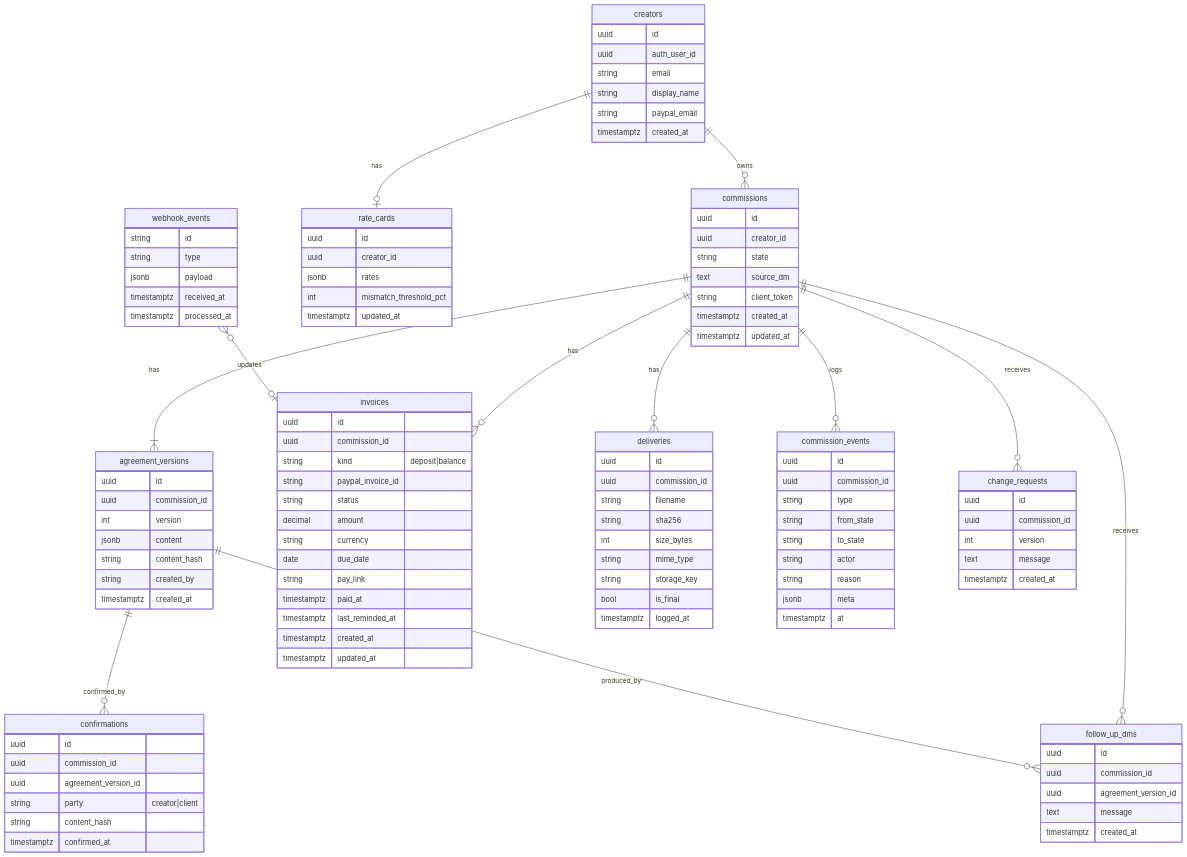
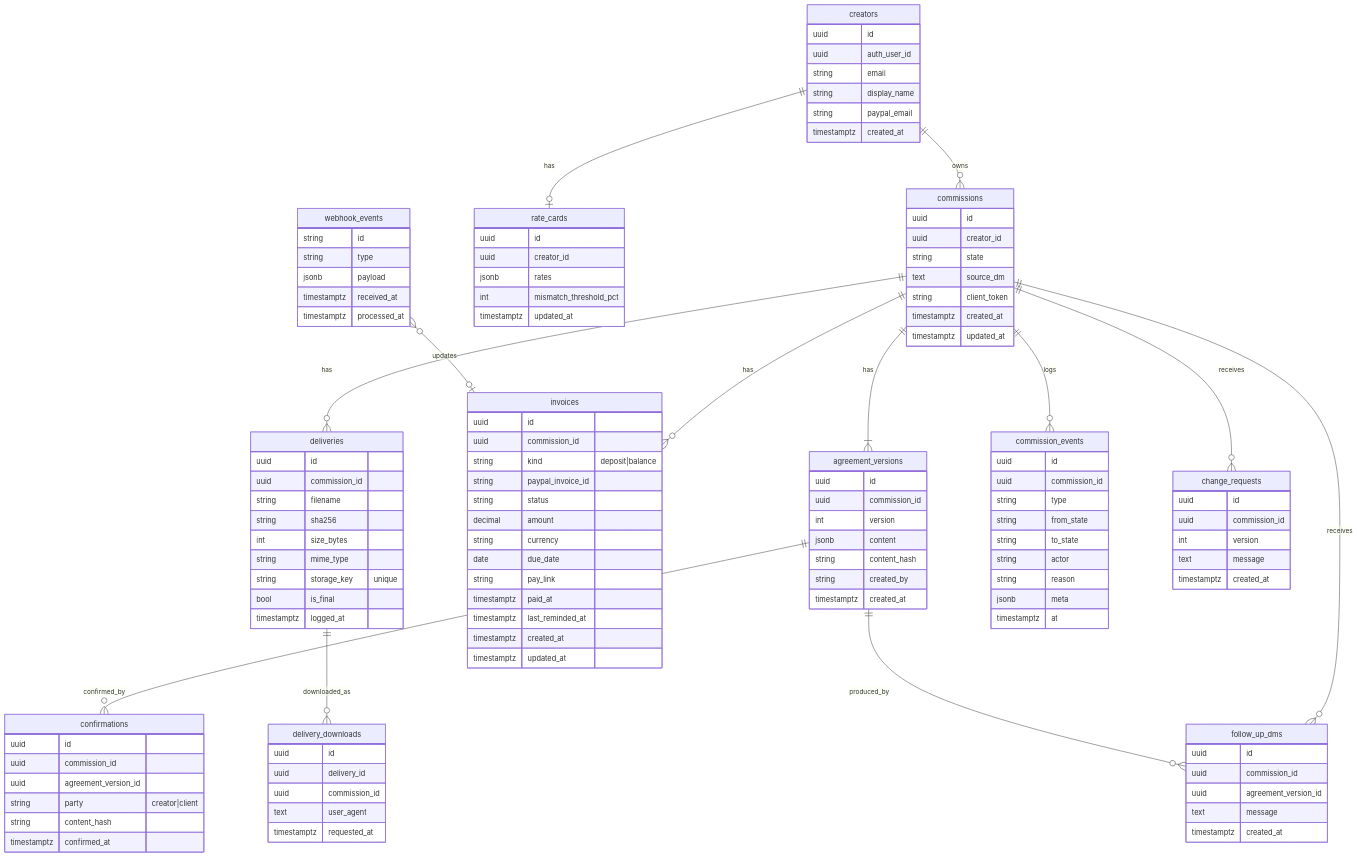
Before and after one commit to srios000/dmpact: the third of 5 diagrams in docs/architecture.md, drawn with Mermaid. The commit also changed other lines of this file and 18 other files, not shown here.

First line of the commit message:
feat(#11): delivery upload and download through Neon Object Storage (#103)

````diff
--- a/docs/architecture.md
+++ b/docs/architecture.md
@@ -132,26 +132,28 @@
 ```mermaid
 erDiagram
   creators ||--o{ commissions : owns
   creators ||--o| rate_cards : has
   commissions ||--|{ agreement_versions : has
   agreement_versions ||--o{ confirmations : confirmed_by
   commissions ||--o{ invoices : has
   commissions ||--o{ deliveries : has
+  deliveries ||--o{ delivery_downloads : downloaded_as
   commissions ||--o{ commission_events : logs
   commissions ||--o{ change_requests : receives
   commissions ||--o{ follow_up_dms : receives
   agreement_versions ||--o{ follow_up_dms : produced_by
   webhook_events }o--o| invoices : updates
 
   creators { uuid id  uuid auth_user_id  string email  string display_name  string paypal_email  timestamptz created_at }
   commissions { uuid id  uuid creator_id  string state  text source_dm  string client_token  timestamptz created_at  timestamptz updated_at }
   agreement_versions { uuid id  uuid commission_id  int version  jsonb content  string content_hash  string created_by  timestamptz created_at }
   confirmations { uuid id  uuid commission_id  uuid agreement_version_id  string party "creator|client"  string content_hash  timestamptz confirmed_at }
   invoices { uuid id  uuid commission_id  string kind "deposit|balance"  string paypal_invoice_id  string status  decimal amount  string currency  date due_date  string pay_link  timestamptz paid_at  timestamptz last_reminded_at  timestamptz created_at  timestamptz updated_at }
-  deliveries { uuid id  uuid commission_id  string filename  string sha256  int size_bytes  string mime_type  string storage_key  bool is_final  timestamptz logged_at }
+  deliveries { uuid id  uuid commission_id  string filename  string sha256  int size_bytes  string mime_type  string storage_key "unique"  bool is_final  timestamptz logged_at }
+  delivery_downloads { uuid id  uuid delivery_id  uuid commission_id  text user_agent  timestamptz requested_at }
   commission_events { uuid id  uuid commission_id  string type  string from_state  string to_state  string actor  string reason  jsonb meta  timestamptz at }
   change_requests { uuid id  uuid commission_id  int version  text message  timestamptz created_at }
   follow_up_dms { uuid id  uuid commission_id  uuid agreement_version_id  text message  timestamptz created_at }
   rate_cards { uuid id  uuid creator_id  jsonb rates  int mismatch_threshold_pct  timestamptz updated_at }
   webhook_events { string id  string type  jsonb payload  timestamptz received_at  timestamptz processed_at }
 ```
````
